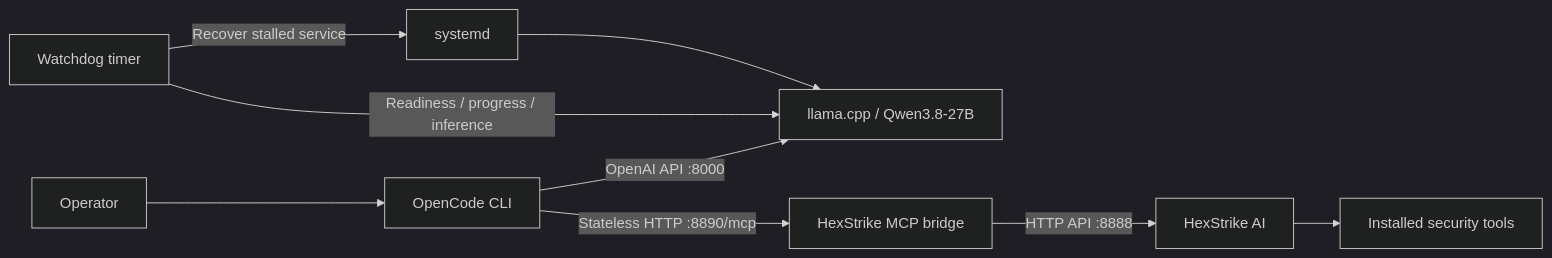
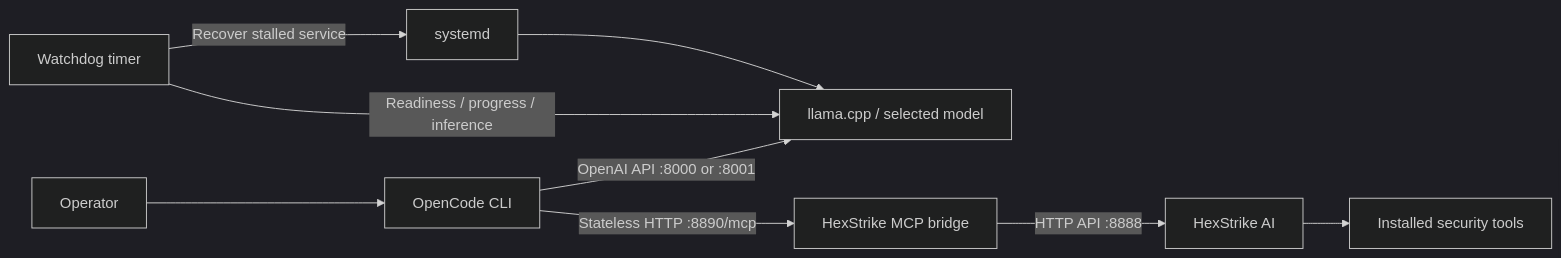
The diagram in README.md (I7MD979/The_Pharoh_Agent_V5), drawn with Mermaid (dark theme) before and after one commit. The commit also changed other lines of this file and 11 other files, not shown here.

````diff
--- a/README.md
+++ b/README.md
@@ -28,11 +29,11 @@
 ```mermaid
 flowchart LR
     U[Operator] --> O[OpenCode CLI]
-    O -->|OpenAI API :8000| L[llama.cpp / Qwen3.8-27B]
+    O -->|OpenAI API :8000 or :8001| L[llama.cpp / selected model]
     O -->|Stateless HTTP :8890/mcp| B[HexStrike MCP bridge]
     B -->|HTTP API :8888| H[HexStrike AI]
     H --> T[Installed security tools]
     W[Watchdog timer] -->|Readiness / progress / inference| L
     W -->|Recover stalled service| S[systemd]
     S --> L
 ```
````
